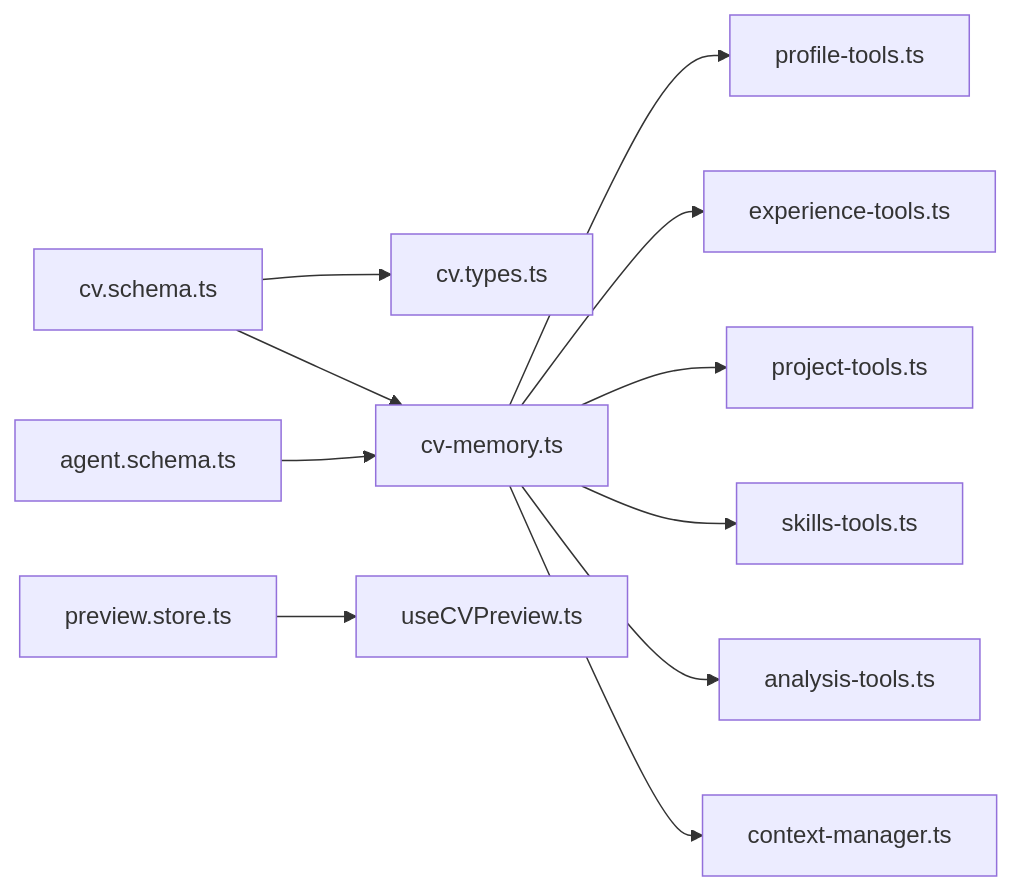
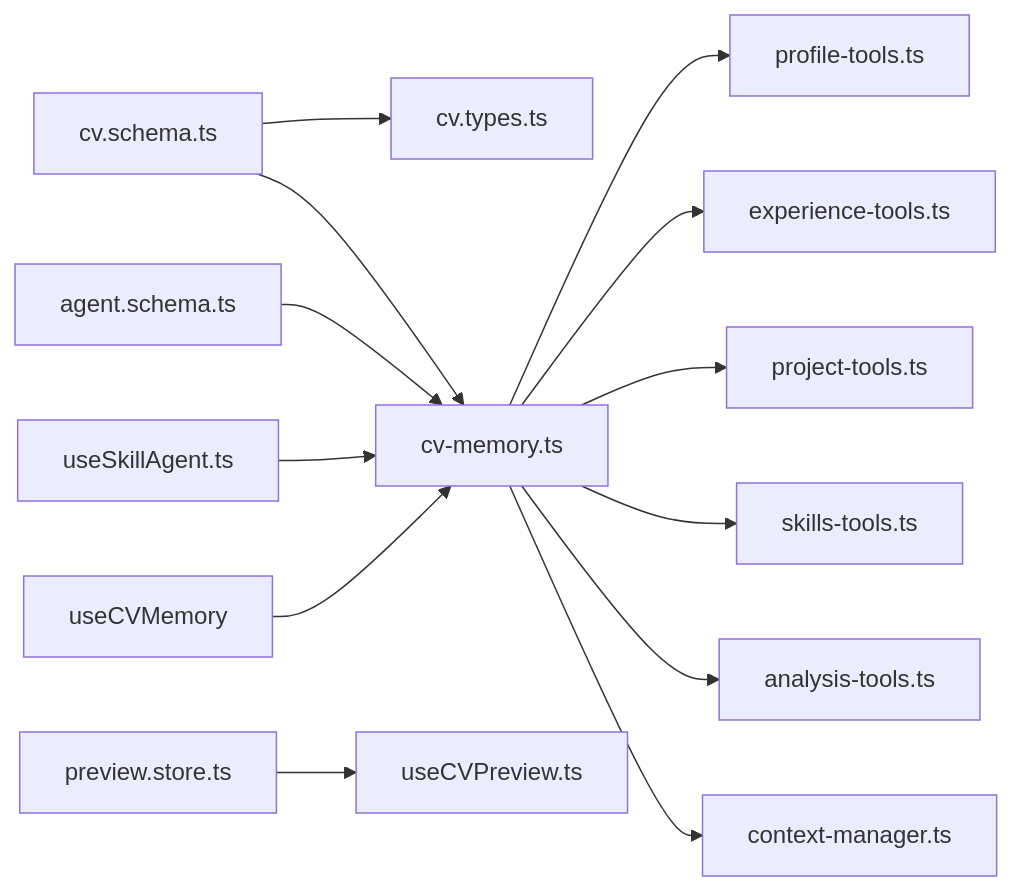
The tenth of 10 diagrams in .qoder/repowiki/en/content/CV Data Management/CV Data Management.md (DoVuDung/cv-portfolio-builder), drawn with Mermaid before and after one commit. The commit also changed other lines of this file and 26 other files, not shown here.

First line of the commit message:
docs(agent): update AI Agent System with MCP tool architecture and CV Builder integration

````diff
--- a/.qoder/repowiki/en/content/CV Data Management/CV Data Management.md
+++ b/.qoder/repowiki/en/content/CV Data Management/CV Data Management.md
@@ -407,13 +484,15 @@
 ```mermaid
 graph LR
 CV["cv.schema.ts"] --> TM["cv.types.ts"]
 CV --> CM["cv-memory.ts"]
 AG["agent.schema.ts"] --> CM
 CM --> PT["profile-tools.ts"]
 CM --> ET["experience-tools.ts"]
 CM --> RT["project-tools.ts"]
 CM --> ST["skills-tools.ts"]
 CM --> AN["analysis-tools.ts"]
 CM --> CTX["context-manager.ts"]
 PS["preview.store.ts"] --> PH["useCVPreview.ts"]
+H1["useSkillAgent.ts"] --> CM
+H2["useCVMemory"] --> CM
 ```
````
